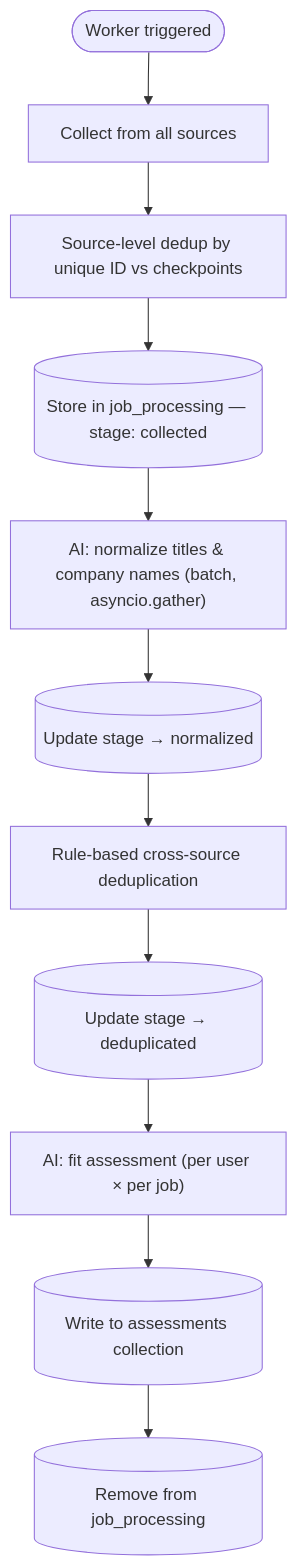
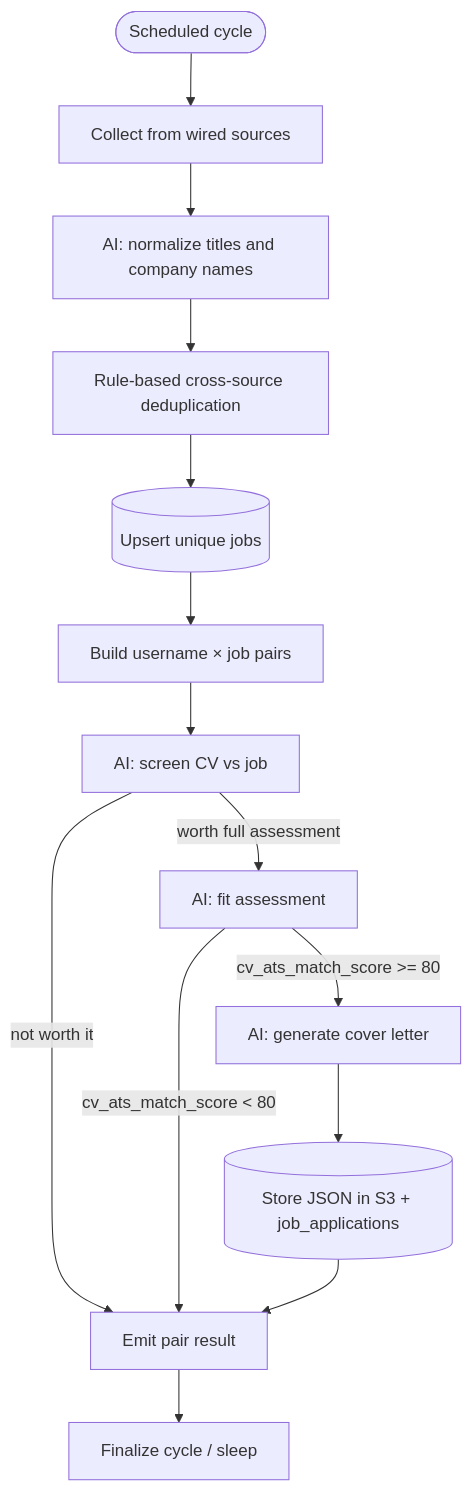
One commit to CShadiev/job-aggregator changed the second of 2 diagrams in README.md. Above: the diagram before and after it, drawn with Mermaid. The commit also changed other lines of this file, not shown here.

````diff
--- a/README.md
+++ b/README.md
@@ -120,17 +193,16 @@
 ```mermaid
 flowchart TD
-    A([Worker triggered]) --> B[Collect from all sources]
-
-    B --> C[Source-level dedup by unique ID vs checkpoints]
-    C --> D[(Store in job_processing — stage: collected)]
-
-    D --> E["AI: normalize titles & company names (batch, asyncio.gather)"]
-    E --> F[(Update stage → normalized)]
-
-    F --> G[Rule-based cross-source deduplication]
-    G --> H[(Update stage → deduplicated)]
-
-    H --> I["AI: fit assessment (per user × per job)"]
-    I --> J[(Write to assessments collection)]
-    J --> K[(Remove from job_processing)]
+    A([Scheduled cycle]) --> B[Collect from wired sources]
+    B --> C[AI: normalize titles and company names]
+    C --> D[Rule-based cross-source deduplication]
+    D --> E[(Upsert unique jobs)]
+    E --> F[Build username × job pairs]
+    F --> G["AI: screen CV vs job"]
+    G -->|not worth it| H[Emit pair result]
+    G -->|worth full assessment| I["AI: fit assessment"]
+    I -->|cv_ats_match_score < 80| H
+    I -->|cv_ats_match_score >= 80| J["AI: generate cover letter"]
+    J --> K[(Store JSON in S3 + job_applications)]
+    K --> H
+    H --> L[Finalize cycle / sleep]
 ```
````
